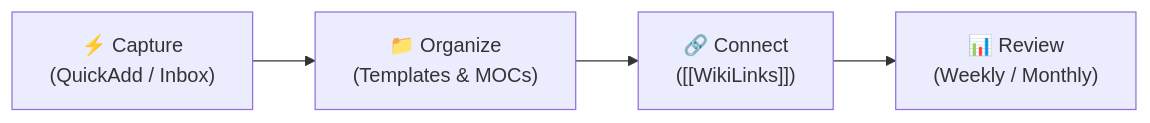
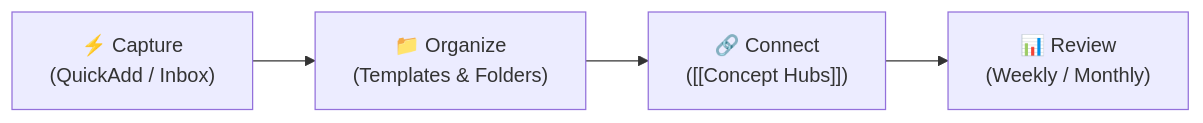
The diagram in 06-Resources/Second Brain Guide.md (lowqualityloey/loey_space), drawn with Mermaid before and after one commit. The commit also changed other lines of this file and 2 other files, not shown here.

````diff
--- a/06-Resources/Second Brain Guide.md
+++ b/06-Resources/Second Brain Guide.md
@@ -20,6 +22,6 @@
 ```mermaid
 flowchart LR
-    A["⚡ Capture<br/>(QuickAdd / Inbox)"] --> B["📁 Organize<br/>(Templates & MOCs)"]
-    B --> C["🔗 Connect<br/>([[WikiLinks]])"]
+    A["⚡ Capture<br/>(QuickAdd / Inbox)"] --> B["📁 Organize<br/>(Templates & Folders)"]
+    B --> C["🔗 Connect<br/>([[Concept Hubs]])"]
     C --> D["📊 Review<br/>(Weekly / Monthly)"]
 ```
````
